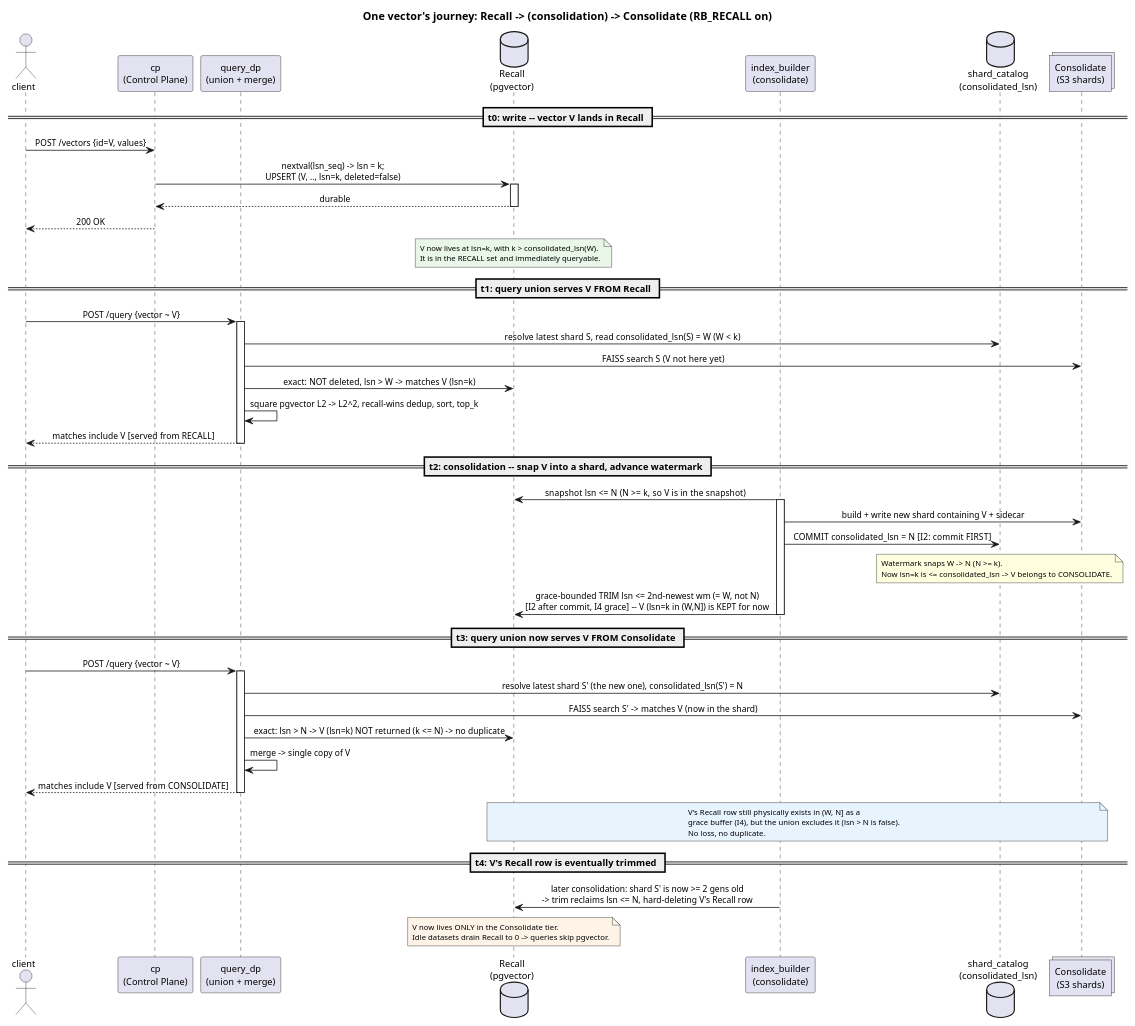
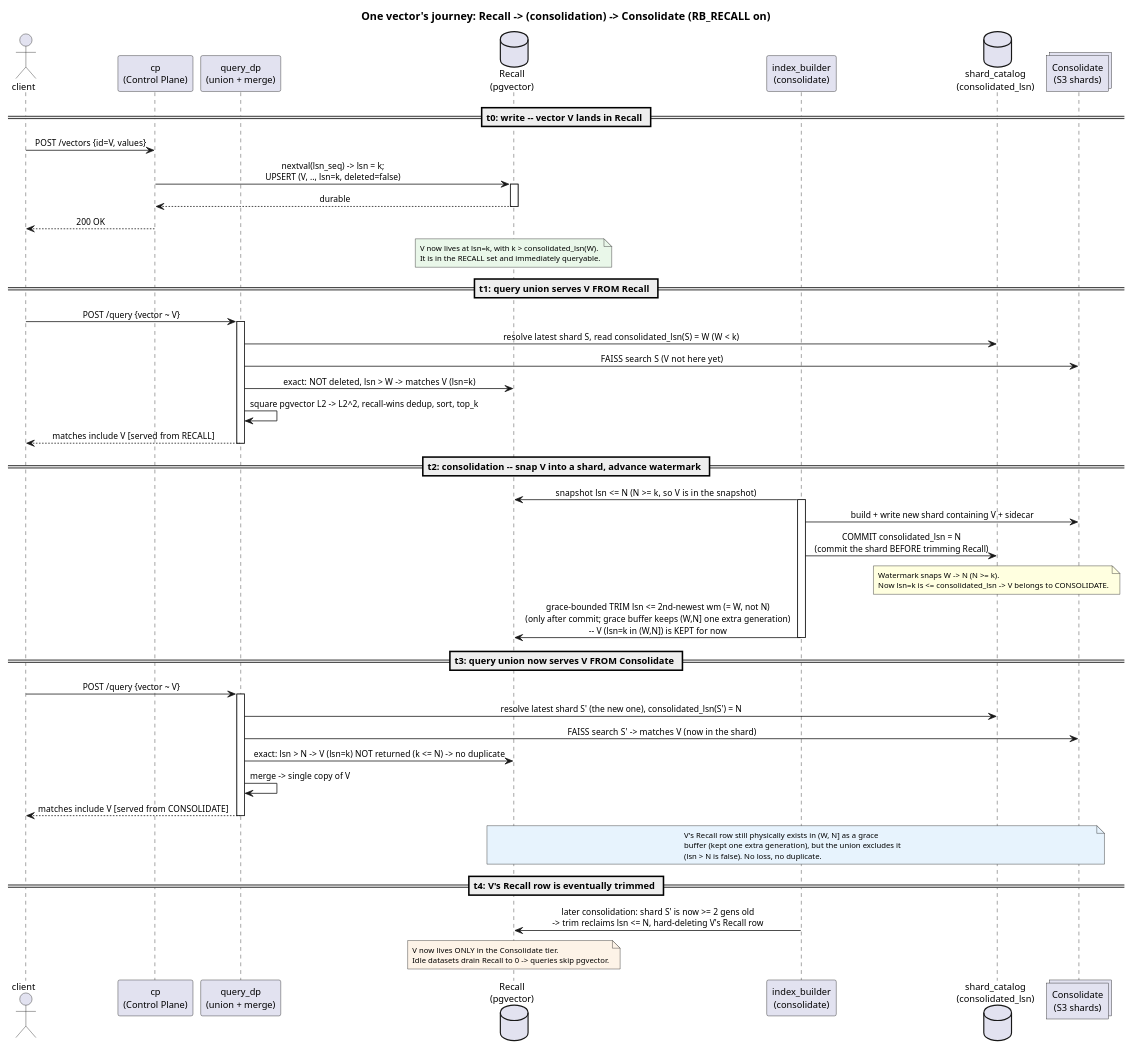
Before and after one commit to rosalinddb/rosalinddb: the diagram in docs/architecture/diagrams/recall-consolidate-lifecycle.puml, drawn with PlantUML. The commit also changed 4 other files, not shown here.

First line of the commit message:
Revise Recall/Consolidate diagrams for readability

```diff
--- a/docs/architecture/diagrams/recall-consolidate-lifecycle.puml
+++ b/docs/architecture/diagrams/recall-consolidate-lifecycle.puml
@@ -1,86 +1,86 @@
 @startuml recall-consolidate-lifecycle
 ' Sequence: one vector's journey across the seam.
 ' client write -> Recall (lsn=k, immediately queryable) -> query union serves
 ' it FROM Recall -> consolidation builds a shard, commits watermark=N>=k,
 ' grace-trims -> query union now serves it FROM Consolidate -> the Recall row
 ' is eventually trimmed once its shard is >= 2 generations old.
 
 title One vector's journey: Recall -> (consolidation) -> Consolidate (RB_RECALL on)
 
 skinparam shadowing false
 skinparam defaultFontName Helvetica
 skinparam defaultFontSize 12
 skinparam ArrowFontSize 11
 skinparam NoteFontSize 10
 skinparam sequenceMessageAlign center
 
 actor "client" as client
 participant "cp\n(Control Plane)" as cp
 participant "query_dp\n(union + merge)" as dp
 database "Recall\n(pgvector)" as recall
 participant "index_builder\n(consolidate)" as builder
 database "shard_catalog\n(consolidated_lsn)" as catalog
 collections "Consolidate\n(S3 shards)" as os
 
 == t0: write -- vector V lands in Recall ==
 
 client -> cp : POST /vectors {id=V, values}
 cp -> recall : nextval(lsn_seq) -> lsn = k;\nUPSERT (V, .., lsn=k, deleted=false)
 activate recall
 recall --> cp : durable
 deactivate recall
 cp --> client : 200 OK
 note over recall #E9F7E9
   V now lives at lsn=k, with k > consolidated_lsn(W).
   It is in the RECALL set and immediately queryable.
 end note
 
 == t1: query union serves V FROM Recall ==
 
 client -> dp : POST /query {vector ~ V}
 activate dp
 dp -> catalog : resolve latest shard S, read consolidated_lsn(S) = W   (W < k)
 dp -> os : FAISS search S  (V not here yet)
 dp -> recall : exact: NOT deleted, lsn > W  -> matches V (lsn=k)
 dp -> dp : square pgvector L2 -> L2^2, recall-wins dedup, sort, top_k
 dp --> client : matches include V  [served from RECALL]
 deactivate dp
 
 == t2: consolidation -- snap V into a shard, advance watermark ==
 
 builder -> recall : snapshot lsn <= N   (N >= k, so V is in the snapshot)
 activate builder
 builder -> os : build + write new shard containing V + sidecar
-builder -> catalog : COMMIT consolidated_lsn = N   [I2: commit FIRST]
+builder -> catalog : COMMIT consolidated_lsn = N\n(commit the shard BEFORE trimming Recall)
 note over catalog #LightYellow
   Watermark snaps W -> N (N >= k).
   Now lsn=k is <= consolidated_lsn -> V belongs to CONSOLIDATE.
 end note
-builder -> recall : grace-bounded TRIM lsn <= 2nd-newest wm (= W, not N)\n[I2 after commit, I4 grace] -- V (lsn=k in (W,N]) is KEPT for now
+builder -> recall : grace-bounded TRIM lsn <= 2nd-newest wm (= W, not N)\n(only after commit; grace buffer keeps (W,N] one extra generation)\n-- V (lsn=k in (W,N]) is KEPT for now
 deactivate builder
 
 == t3: query union now serves V FROM Consolidate ==
 
 client -> dp : POST /query {vector ~ V}
 activate dp
 dp -> catalog : resolve latest shard S' (the new one), consolidated_lsn(S') = N
 dp -> os : FAISS search S'  -> matches V (now in the shard)
 dp -> recall : exact: lsn > N  -> V (lsn=k) NOT returned (k <= N) -> no duplicate
 dp -> dp : merge -> single copy of V
 dp --> client : matches include V  [served from CONSOLIDATE]
 deactivate dp
 note over recall, os #E7F3FD
-  V's Recall row still physically exists in (W, N] as a
-  grace buffer (I4), but the union excludes it (lsn > N is false).
-  No loss, no duplicate.
+  V's Recall row still physically exists in (W, N] as a grace
+  buffer (kept one extra generation), but the union excludes it
+  (lsn > N is false). No loss, no duplicate.
 end note
 
 == t4: V's Recall row is eventually trimmed ==
 
 builder -> recall : later consolidation: shard S' is now >= 2 gens old\n-> trim reclaims lsn <= N, hard-deleting V's Recall row
 note over recall #FDF3E7
   V now lives ONLY in the Consolidate tier.
   Idle datasets drain Recall to 0 -> queries skip pgvector.
 end note
 
 @enduml
```
